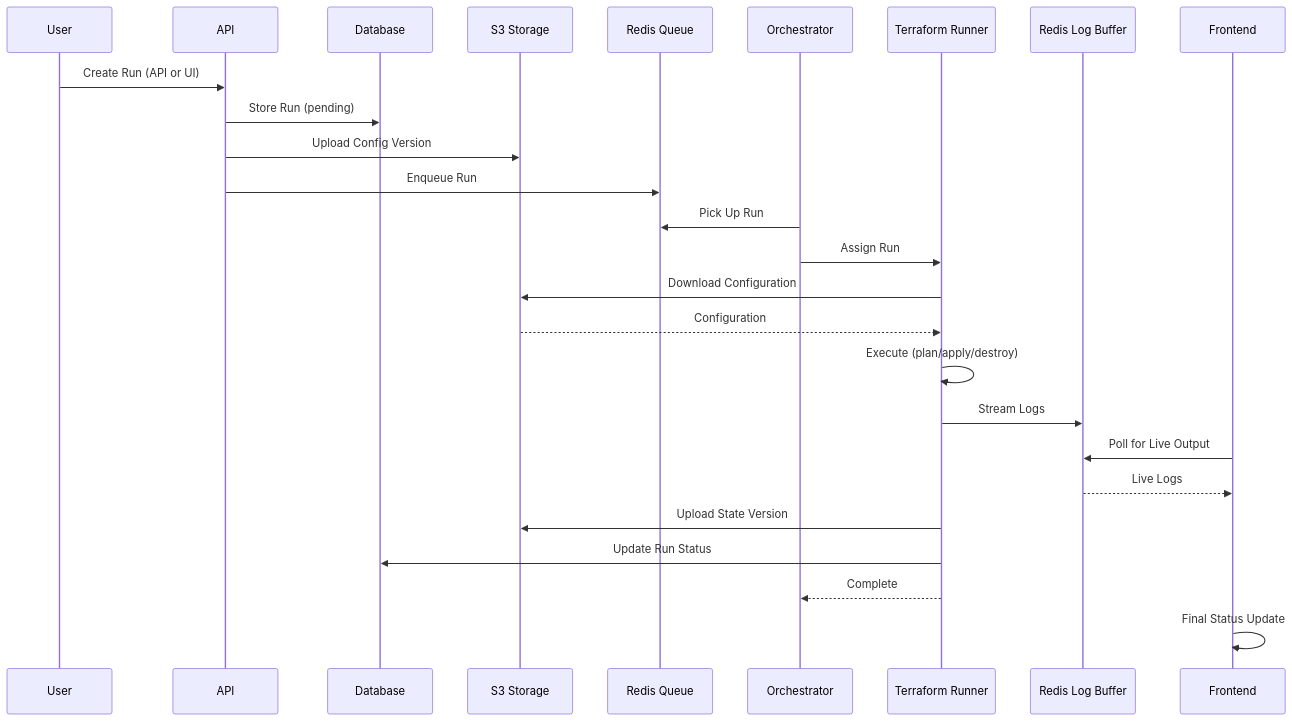
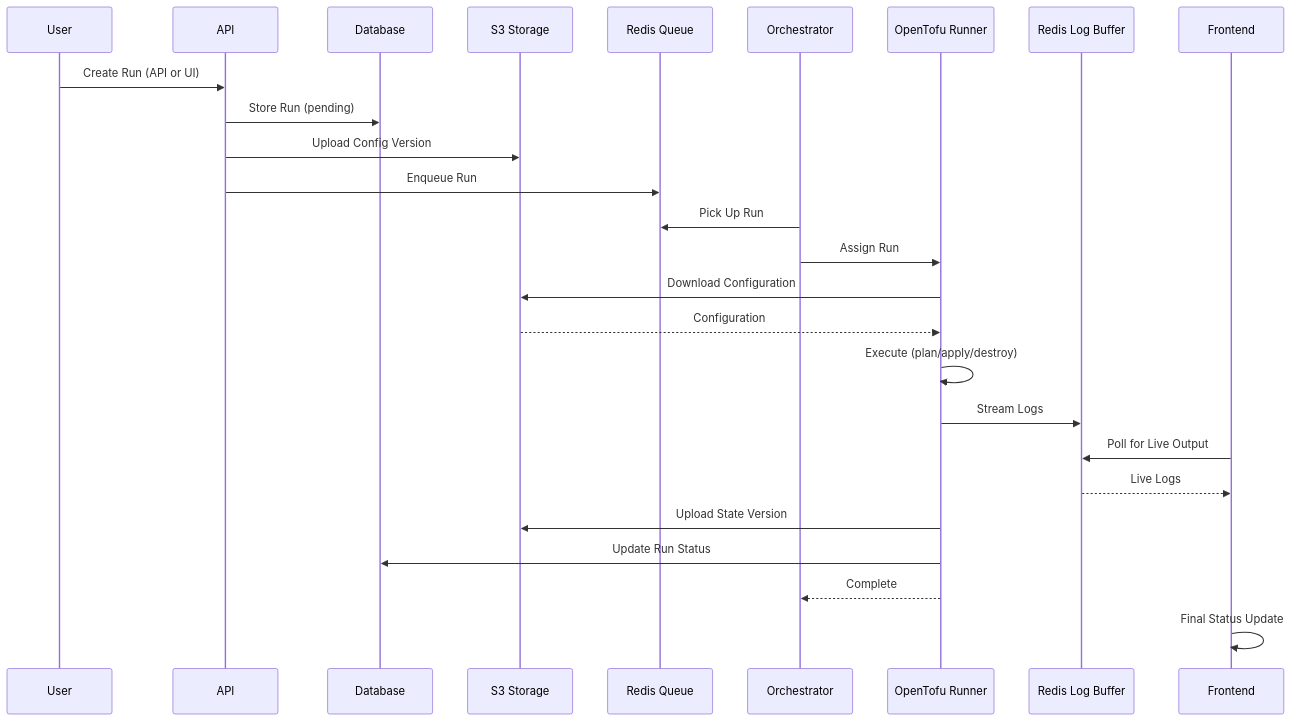
The fourth of 7 diagrams in docs/architecture/README.md (vhco-pro/stackweaver-frontend), drawn with Mermaid before and after one commit. The commit also changed other lines of this file and 8 other files, not shown here.

````diff
--- a/docs/architecture/README.md
+++ b/docs/architecture/README.md
@@ -321,29 +321,29 @@
 ```mermaid
 sequenceDiagram
     participant User
     participant API
     participant Database
     participant Garage as S3 Storage
     participant Redis as Redis Queue
     participant Orchestrator
-    participant TFRunner as Terraform Runner
+    participant TFRunner as OpenTofu Runner
     participant LogBuffer as Redis Log Buffer
     participant Frontend
 
     User->>API: Create Run (API or UI)
     API->>Database: Store Run (pending)
     API->>Garage: Upload Config Version
     API->>Redis: Enqueue Run
     Orchestrator->>Redis: Pick Up Run
     Orchestrator->>TFRunner: Assign Run
     TFRunner->>Garage: Download Configuration
     Garage-->>TFRunner: Configuration
     TFRunner->>TFRunner: Execute (plan/apply/destroy)
     TFRunner->>LogBuffer: Stream Logs
     Frontend->>LogBuffer: Poll for Live Output
     LogBuffer-->>Frontend: Live Logs
     TFRunner->>Garage: Upload State Version
     TFRunner->>Database: Update Run Status
     TFRunner-->>Orchestrator: Complete
     Frontend->>Frontend: Final Status Update
 ```
````
